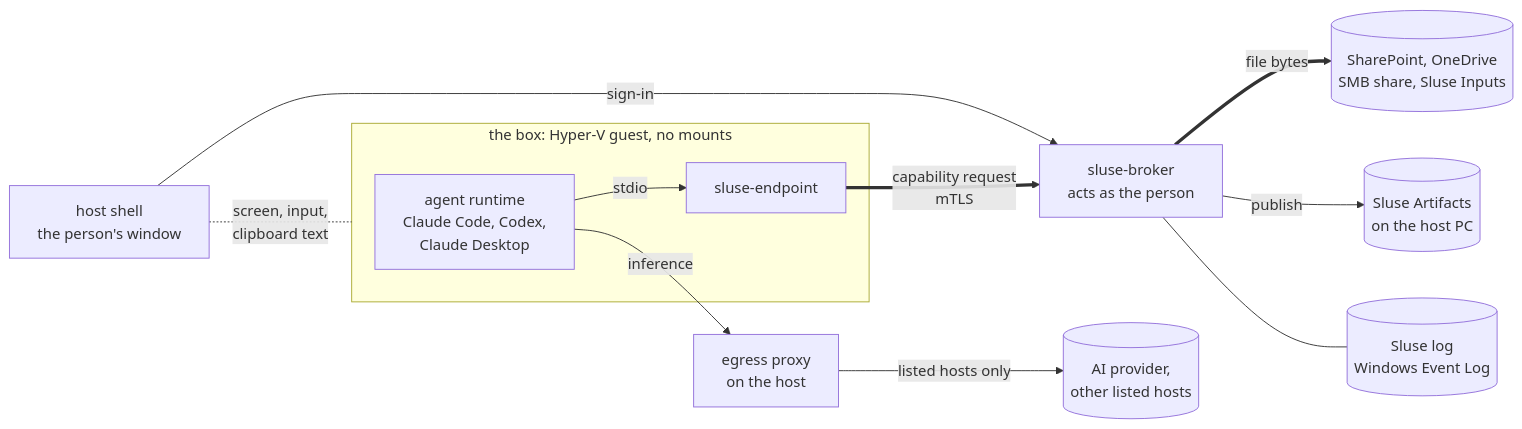
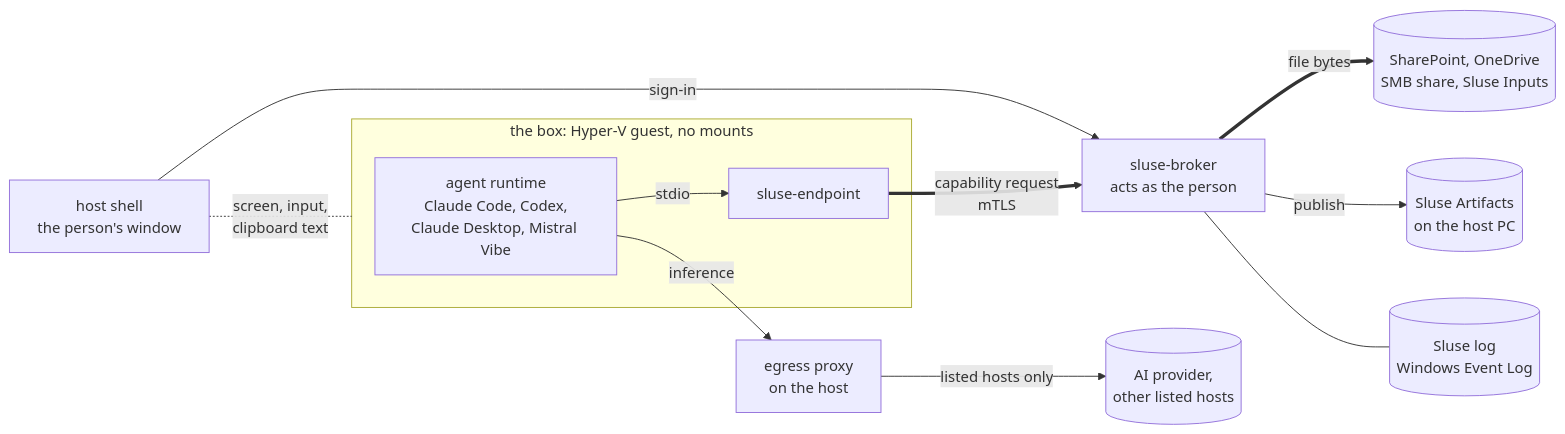
One commit to Git-SerenIT/Sluse changed the diagram in README.md. Above: the diagram before and after it, drawn with Mermaid. The commit also changed other lines of this file and 32 other files, not shown here.

First line of the commit message:
Sluse 0.1.1: Mistral Vibe as a fourth runtime, Codex optional in the box's build, third-party notices in the MSI; the README's roadmap

````diff
--- a/README.md
+++ b/README.md
@@ -31,14 +31,14 @@
 ```mermaid
 flowchart LR
     subgraph BOX["the box: Hyper-V guest, no mounts"]
-        A["agent runtime<br/>Claude Code, Codex,<br/>Claude Desktop"] -->|"stdio"| E["sluse-endpoint"]
+        A["agent runtime<br/>Claude Code, Codex,<br/>Claude Desktop, Mistral Vibe"] -->|"stdio"| E["sluse-endpoint"]
     end
     SH["host shell<br/>the person's window"] -. "screen, input,<br/>clipboard text" .- BOX
     SH -->|"sign-in"| B
     E ==>|"capability request<br/>mTLS"| B["sluse-broker<br/>acts as the person"]
     B ==>|"file bytes"| S[("SharePoint, OneDrive<br/>SMB share, Sluse Inputs")]
     B -->|"publish"| D[("Sluse Artifacts<br/>on the host PC")]
     B --- L[("Sluse log<br/>Windows Event Log")]
     A -->|"inference"| P["egress proxy<br/>on the host"]
     P -->|"listed hosts only"| M[("AI provider,<br/>other listed hosts")]
 ```
````
